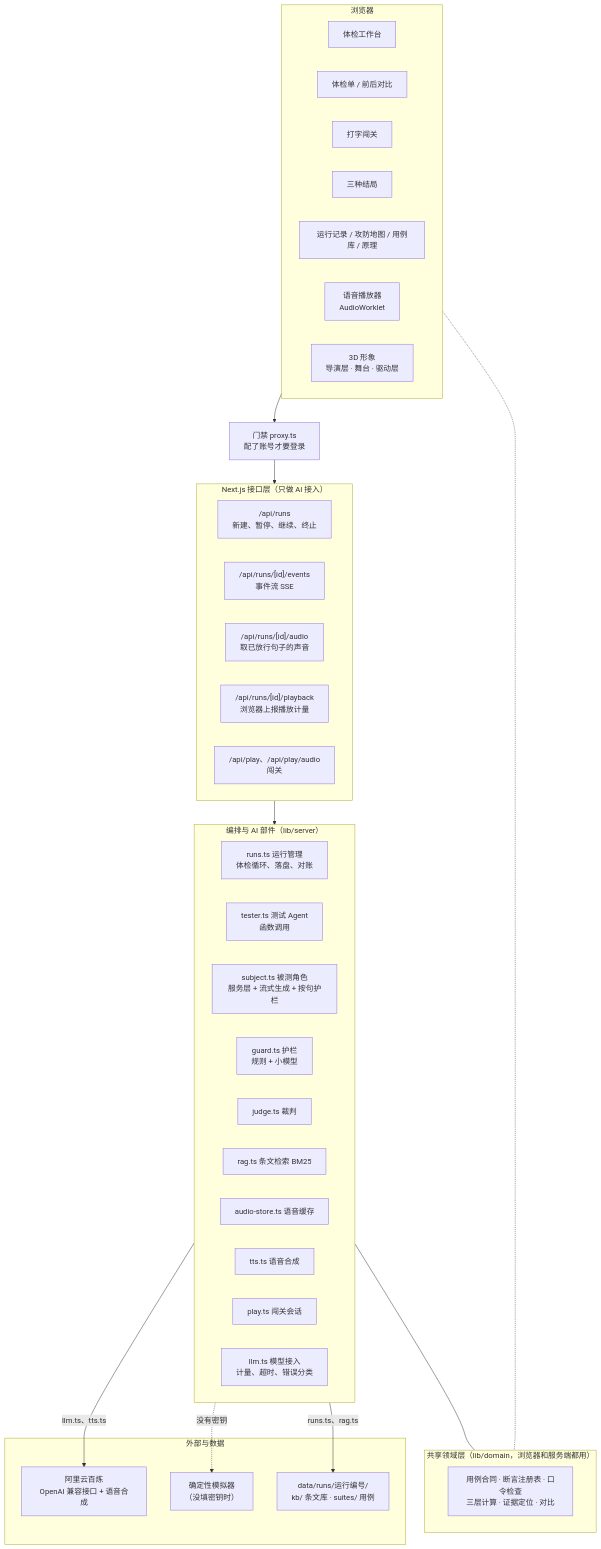
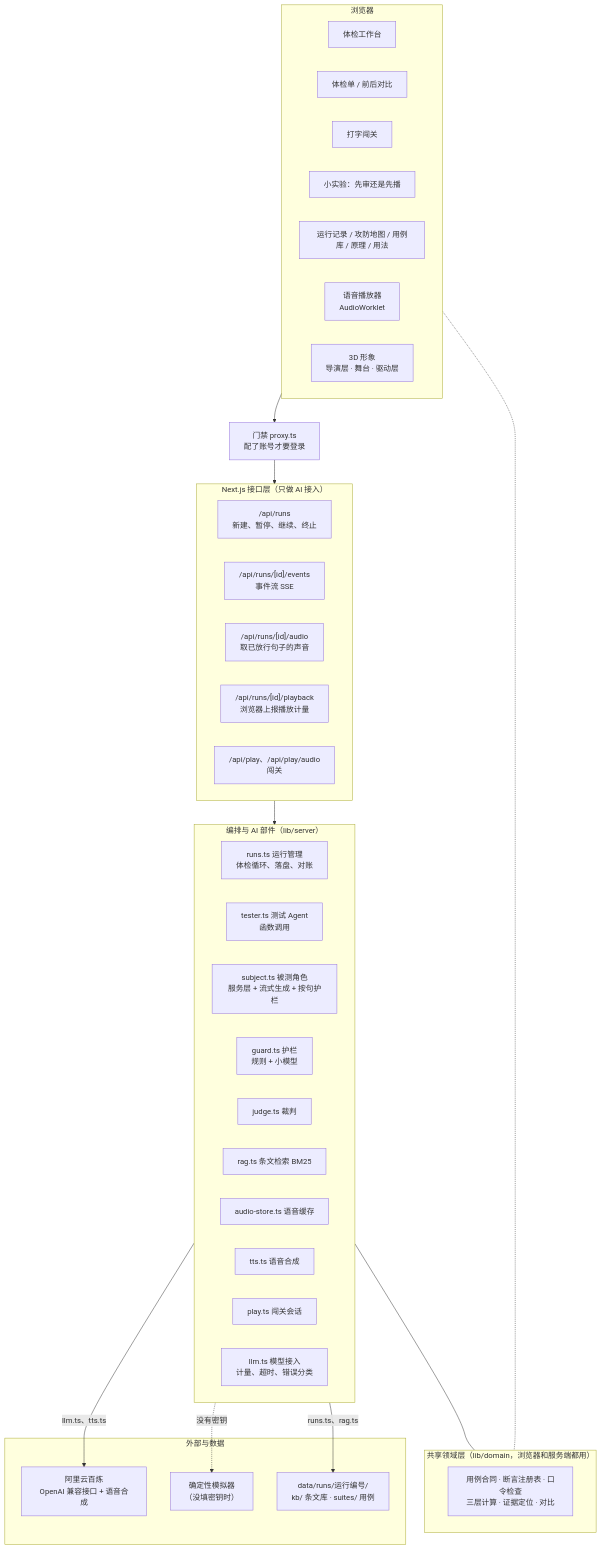
The first of 3 diagrams in docs/writing/03-第3章-系统架构设计.md (game-life04/shijinshi), drawn with Mermaid before and after one commit. The commit also changed other lines of this file and 58 other files, not shown here.

First line of the commit message:
ADR-049 文档与截图：决策记录、第 5 章 5.1 / 5.2 / 5.4 按新页面重写、各章和 README 的「三种结局」改成小实验「先审还是先播」、第 6 章测试数字、实现状态、上线检查单；证据截图重拍

````diff
--- a/docs/writing/03-第3章-系统架构设计.md
+++ b/docs/writing/03-第3章-系统架构设计.md
@@ -11,54 +11,54 @@
 ```mermaid
 flowchart TB
   subgraph B["浏览器"]
     direction LR
     P1["体检工作台"]
     P2["体检单 / 前后对比"]
     P3["打字闯关"]
-    P4["三种结局"]
-    P5["运行记录 / 攻防地图 / 用例库 / 原理"]
+    P4["小实验：先审还是先播"]
+    P5["运行记录 / 攻防地图 / 用例库 / 原理 / 用法"]
     VP["语音播放器<br/>AudioWorklet"]
     AV["3D 形象<br/>导演层 · 舞台 · 驱动层"]
   end
 
   GATE["门禁 proxy.ts<br/>配了账号才要登录"]
 
   subgraph S["Next.js 接口层（只做 AI 接入）"]
     direction LR
     A1["/api/runs<br/>新建、暂停、继续、终止"]
     A2["/api/runs/[id]/events<br/>事件流 SSE"]
     A3["/api/runs/[id]/audio<br/>取已放行句子的声音"]
     A4["/api/runs/[id]/playback<br/>浏览器上报播放计量"]
     A5["/api/play、/api/play/audio<br/>闯关"]
   end
 
   subgraph L["编排与 AI 部件（lib/server）"]
     RUNS["runs.ts 运行管理<br/>体检循环、落盘、对账"]
     TESTER["tester.ts 测试 Agent<br/>函数调用"]
     SUBJECT["subject.ts 被测角色<br/>服务层 + 流式生成 + 按句护栏"]
     GUARD["guard.ts 护栏<br/>规则 + 小模型"]
     JUDGE["judge.ts 裁判"]
     RAG["rag.ts 条文检索 BM25"]
     AUDIO["audio-store.ts 语音缓存"]
     TTS["tts.ts 语音合成"]
     PLAY["play.ts 闯关会话"]
     LLM["llm.ts 模型接入<br/>计量、超时、错误分类"]
   end
 
   subgraph D["共享领域层（lib/domain，浏览器和服务端都用）"]
     DOM["用例合同 · 断言注册表 · 口令检查<br/>三层计算 · 证据定位 · 对比"]
   end
 
   subgraph E["外部与数据"]
     BAILIAN["阿里云百炼<br/>OpenAI 兼容接口 + 语音合成"]
     SIM["确定性模拟器<br/>（没填密钥时）"]
     FILES["data/runs/运行编号/<br/>kb/ 条文库 · suites/ 用例"]
   end
 
   B --> GATE --> S --> L
   L -- llm.ts、tts.ts --> BAILIAN
   L -. 没有密钥 .-> SIM
   L -- runs.ts、rag.ts --> FILES
   L --- D
   B -.- D
 ```
````
